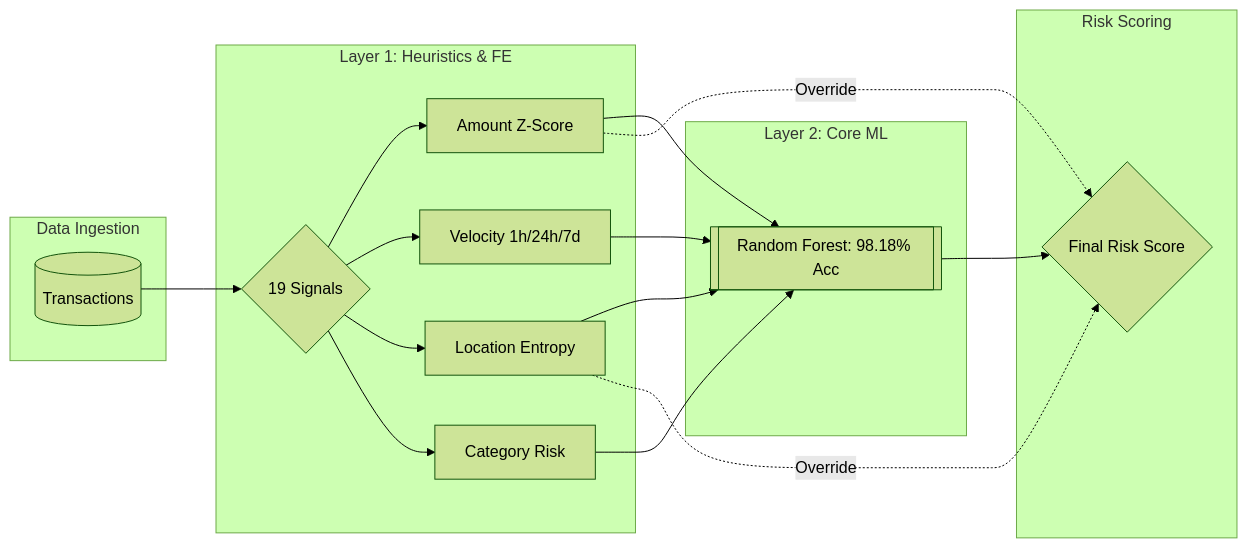
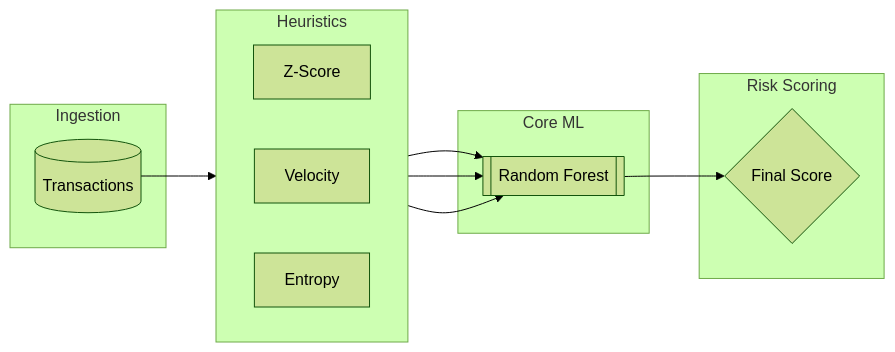
The fourth of 5 diagrams in README.md (ladkrutarth/MultiAgentSecurityShield-), drawn with Mermaid (forest theme) before and after one commit. The commit also changed other lines of this file, not shown here.

Commit message:
Docs: Refactor Mermaid architecture diagrams to fix text overlapping

````diff
--- a/README.md
+++ b/README.md
@@ -199,31 +194,27 @@
 ```mermaid
 graph LR
-    subgraph Data [Data Ingestion]
+    subgraph Data [Ingestion]
         TXN[(Transactions)]
     end
 
-    subgraph FE [Layer 1: Heuristics & FE]
-        HEU{19 Signals}
-        HEU --> Z[Amount Z-Score]
-        HEU --> V[Velocity 1h/24h/7d]
-        HEU --> E[Location Entropy]
-        HEU --> R[Category Risk]
+    subgraph FE [Heuristics]
+        direction LR
+        Z[Z-Score]
+        V[Velocity]
+        E[Entropy]
     end
 
-    subgraph ML [Layer 2: Core ML]
-        RF[[Random Forest: 98.18% Acc]]
+    subgraph ML [Core ML]
+        RF[[Random Forest]]
     end
 
     subgraph Output [Risk Scoring]
-        SCORE{Final Risk Score}
+        SCORE{Final Score}
     end
 
-    TXN --> HEU
+    TXN --> FE
     Z --> RF
     V --> RF
     E --> RF
-    R --> RF
     RF --> SCORE
-    Z -.->|Override| SCORE
-    E -.->|Override| SCORE
 ```
````
